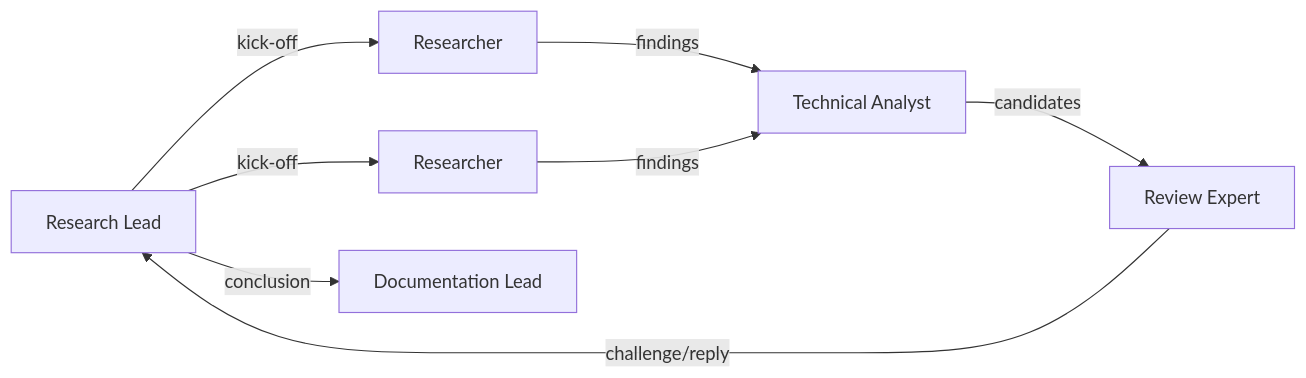
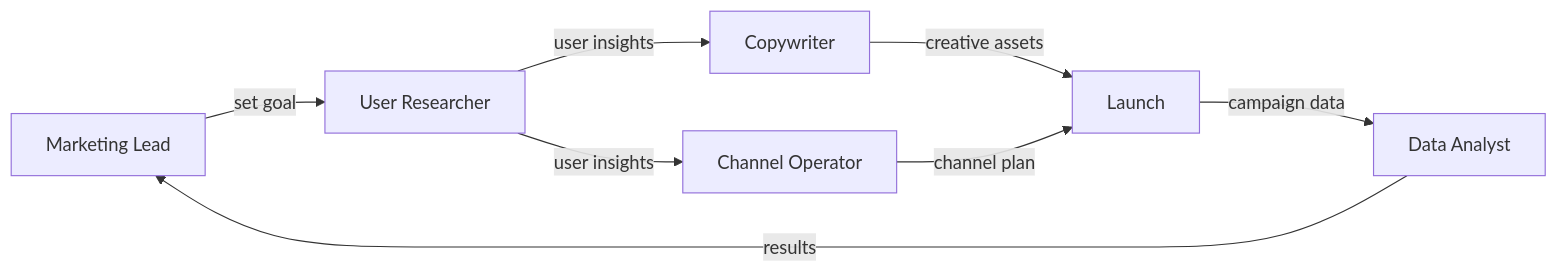
Before and after one commit to icylight/pi-tavern: the sixth of 7 diagrams in README.en.md, drawn with Mermaid. The commit also changed other lines of this file and 1 other file, not shown here.

Commit message:
docs(readme): 团队示例六案例重构——三软件（研发/故障/安全）+ 三非软件（内容出版/市场活动/商业决策）场景，删开源维护、技术调研→商业决策；双层免责（非软件未完整实践验证）；角色=纯职位、协作流程=动作（User 指示，中英一致）

````diff
--- a/README.en.md
+++ b/README.en.md
@@ -160,8 +168,9 @@
 ```mermaid
 flowchart LR
-    OL["Research Lead"] -->|"kick-off"| R1["Researcher"] & R2["Researcher"]
-    R1 & R2 -->|"findings"| TA["Technical Analyst"]
-    TA -->|"candidates"| RE["Review Expert"]
-    RE -->|"challenge/reply"| OL
-    OL -->|"conclusion"| DW["Documentation Lead"]
+    MK["Marketing Lead"] -->|"set goal"| UR["User Researcher"]
+    UR -->|"user insights"| CP["Copywriter"] & CH["Channel Operator"]
+    CP -->|"creative assets"| LA["Launch"]
+    CH -->|"channel plan"| LA
+    LA -->|"campaign data"| DA["Data Analyst"]
+    DA -->|"results"| MK
 ```
````
